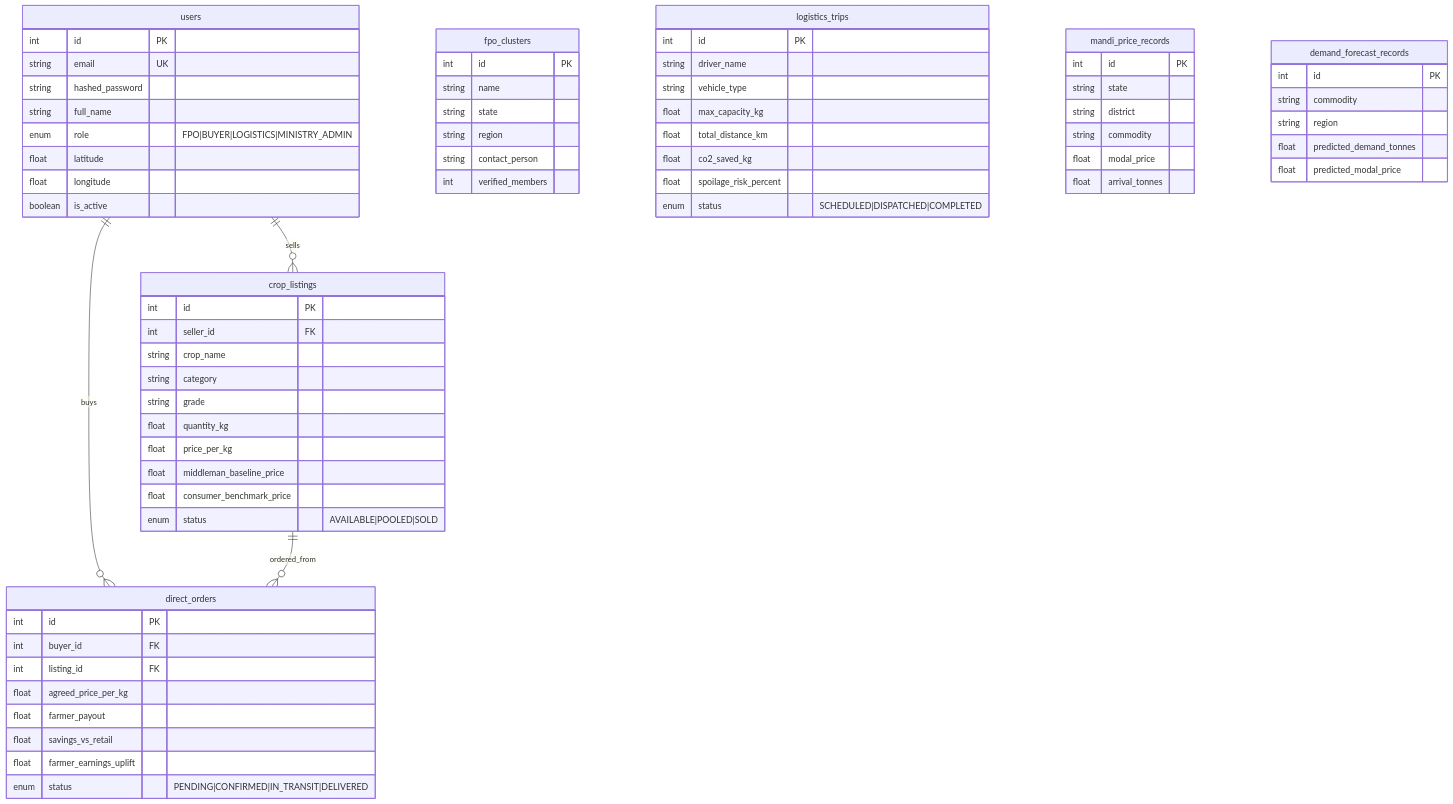
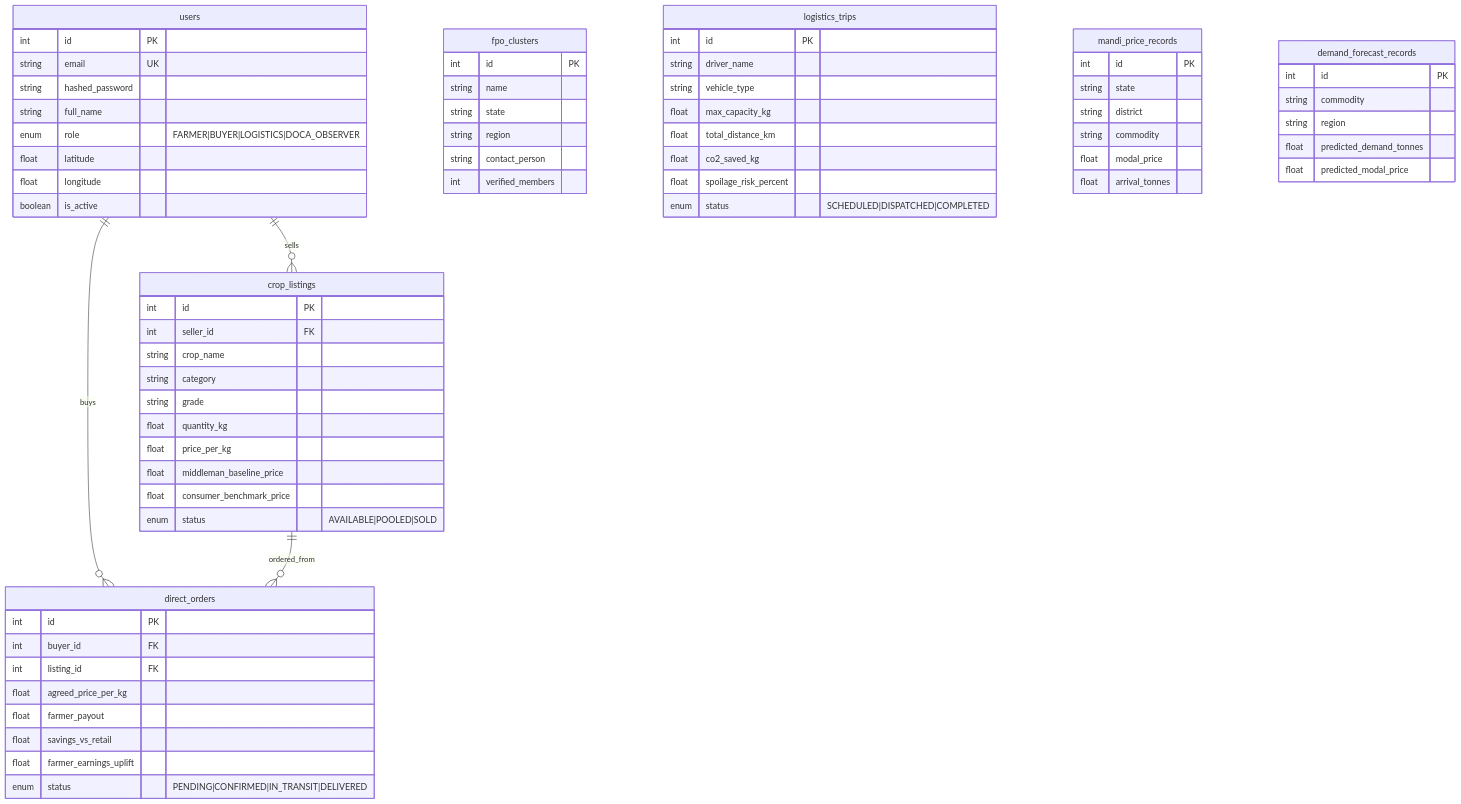
One commit to killerdaku22/Team-Catalyst changed the eighth of 9 diagrams in README.md. Above: the diagram before and after it, drawn with Mermaid. The commit also changed other lines of this file and 2 other files, not shown here.

````diff
--- a/README.md
+++ b/README.md
@@ -337,78 +334,78 @@
 ```mermaid
 erDiagram
     users ||--o{ crop_listings : "sells"
     users ||--o{ direct_orders : "buys"
     crop_listings ||--o{ direct_orders : "ordered_from"
 
     users {
         int id PK
         string email UK
         string hashed_password
         string full_name
-        enum role "FPO|BUYER|LOGISTICS|MINISTRY_ADMIN"
+        enum role "FARMER|BUYER|LOGISTICS|DOCA_OBSERVER"
         float latitude
         float longitude
         boolean is_active
     }
 
     fpo_clusters {
         int id PK
         string name
         string state
         string region
         string contact_person
         int verified_members
     }
 
     crop_listings {
         int id PK
         int seller_id FK
         string crop_name
         string category
         string grade
         float quantity_kg
         float price_per_kg
         float middleman_baseline_price
         float consumer_benchmark_price
         enum status "AVAILABLE|POOLED|SOLD"
     }
 
     direct_orders {
         int id PK
         int buyer_id FK
         int listing_id FK
         float agreed_price_per_kg
         float farmer_payout
         float savings_vs_retail
         float farmer_earnings_uplift
         enum status "PENDING|CONFIRMED|IN_TRANSIT|DELIVERED"
     }
 
     logistics_trips {
         int id PK
         string driver_name
         string vehicle_type
         float max_capacity_kg
         float total_distance_km
         float co2_saved_kg
         float spoilage_risk_percent
         enum status "SCHEDULED|DISPATCHED|COMPLETED"
     }
 
     mandi_price_records {
         int id PK
         string state
         string district
         string commodity
         float modal_price
         float arrival_tonnes
     }
 
     demand_forecast_records {
         int id PK
         string commodity
         string region
         float predicted_demand_tonnes
         float predicted_modal_price
     }
 ```
````
